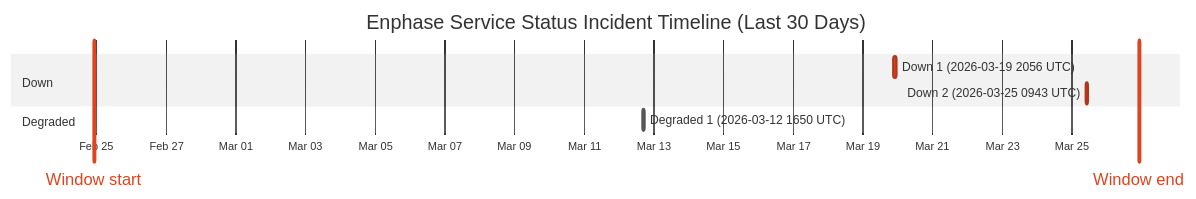
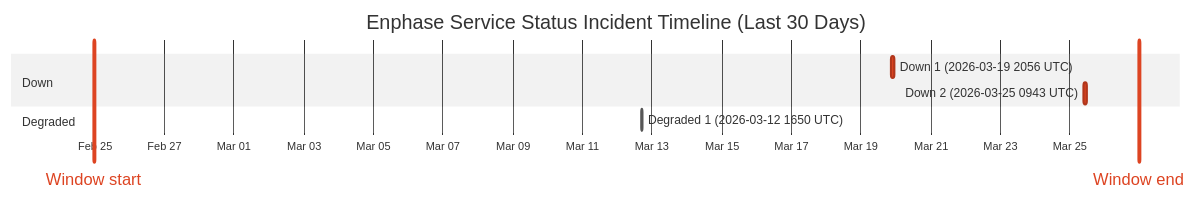
Before and after one commit to barneyonline/ha-enphase-ev-charger: the diagram in wiki/Service-Status-History.md, drawn with Mermaid (neutral theme). The commit also changed other lines of this file and 3 other files, not shown here.

````diff
--- a/wiki/Service-Status-History.md
+++ b/wiki/Service-Status-History.md
@@ -14,13 +14,13 @@
 ```mermaid
 gantt
     title Enphase Service Status Incident Timeline (Last 30 Days)
     dateFormat  YYYY-MM-DDTHH:mm:ss
     axisFormat  %b %d
-    Window start :vert, window-start, 2026-02-24T22:18:57, 0ms
-    Window end :vert, window-end, 2026-03-26T22:18:57, 0ms
+    Window start :vert, window-start, 2026-02-24T23:22:29, 0ms
+    Window end :vert, window-end, 2026-03-26T23:22:29, 0ms
     section Down
     Down 1 (2026-03-19 2056 UTC) :crit, down-1, 2026-03-19T20:56:20, 145m
     Down 2 (2026-03-25 0943 UTC) :crit, down-2, 2026-03-25T09:43:28, 111m
     section Degraded
     Degraded 1 (2026-03-12 1650 UTC) :active, degraded-1, 2026-03-12T16:50:43, 60m
 ```
````
